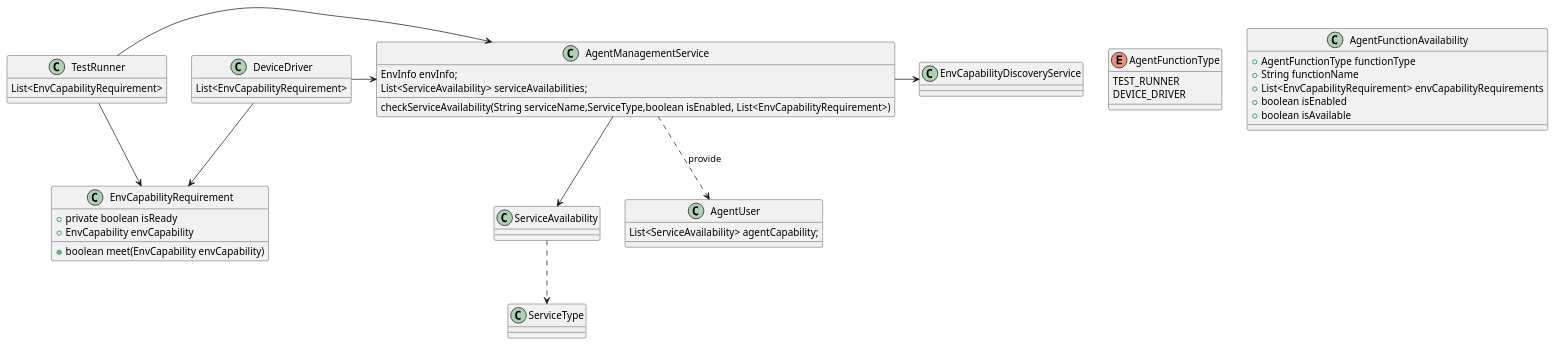
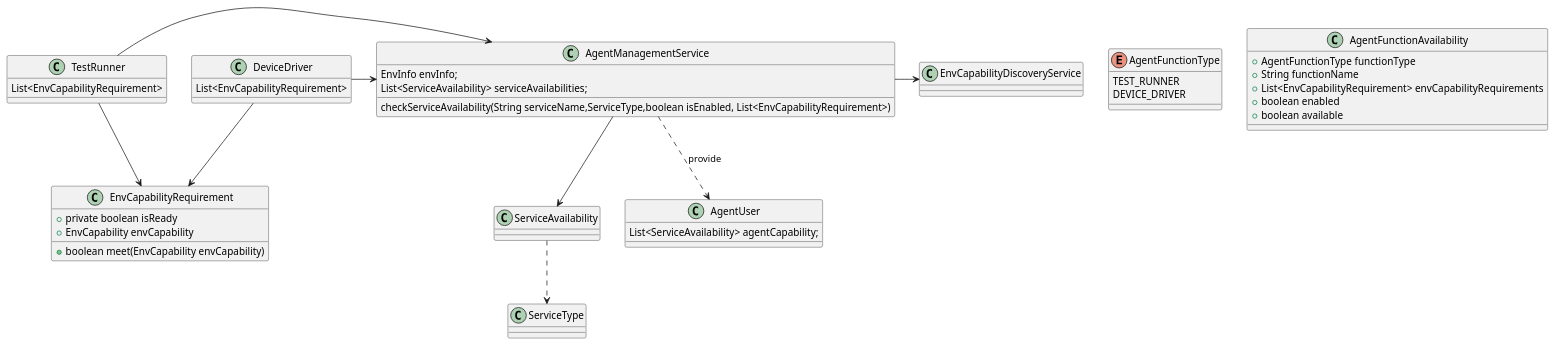
One commit to microsoft/HydraLab changed the third of 4 diagrams in agent/doc/UML/agent_device_management_design.puml. Above: the diagram before and after it, drawn with PlantUML.

```diff
--- a/agent/doc/UML/agent_device_management_design.puml
+++ b/agent/doc/UML/agent_device_management_design.puml
@@ -159,43 +159,43 @@
 @startuml agent_capability_design
 
 class AgentManagementService {
     EnvInfo envInfo;
     List<ServiceAvailability> serviceAvailabilities;
     checkServiceAvailability(String serviceName,ServiceType,boolean isEnabled, List<EnvCapabilityRequirement>)
 }
 AgentManagementService -r-> EnvCapabilityDiscoveryService
 class TestRunner{
     List<EnvCapabilityRequirement>
 }
 class DeviceDriver{
     List<EnvCapabilityRequirement>
 }
 
 TestRunner -r-> AgentManagementService
 DeviceDriver -r-> AgentManagementService
 TestRunner --> EnvCapabilityRequirement
 DeviceDriver --> EnvCapabilityRequirement
 
 class EnvCapabilityRequirement{
     +private boolean isReady
     +EnvCapability envCapability
     +boolean meet(EnvCapability envCapability)
 }
 enum AgentFunctionType{
     TEST_RUNNER
     DEVICE_DRIVER
 }
 class AgentFunctionAvailability{
     +AgentFunctionType functionType
     +String functionName
     +List<EnvCapabilityRequirement> envCapabilityRequirements
-    +boolean isEnabled
-    +boolean isAvailable
+    +boolean enabled
+    +boolean available
 }
 AgentManagementService -->ServiceAvailability
 ServiceAvailability ..> ServiceType
 class AgentUser{
     List<ServiceAvailability> agentCapability;
 }
 AgentManagementService ..> AgentUser : provide
 @enduml
```
